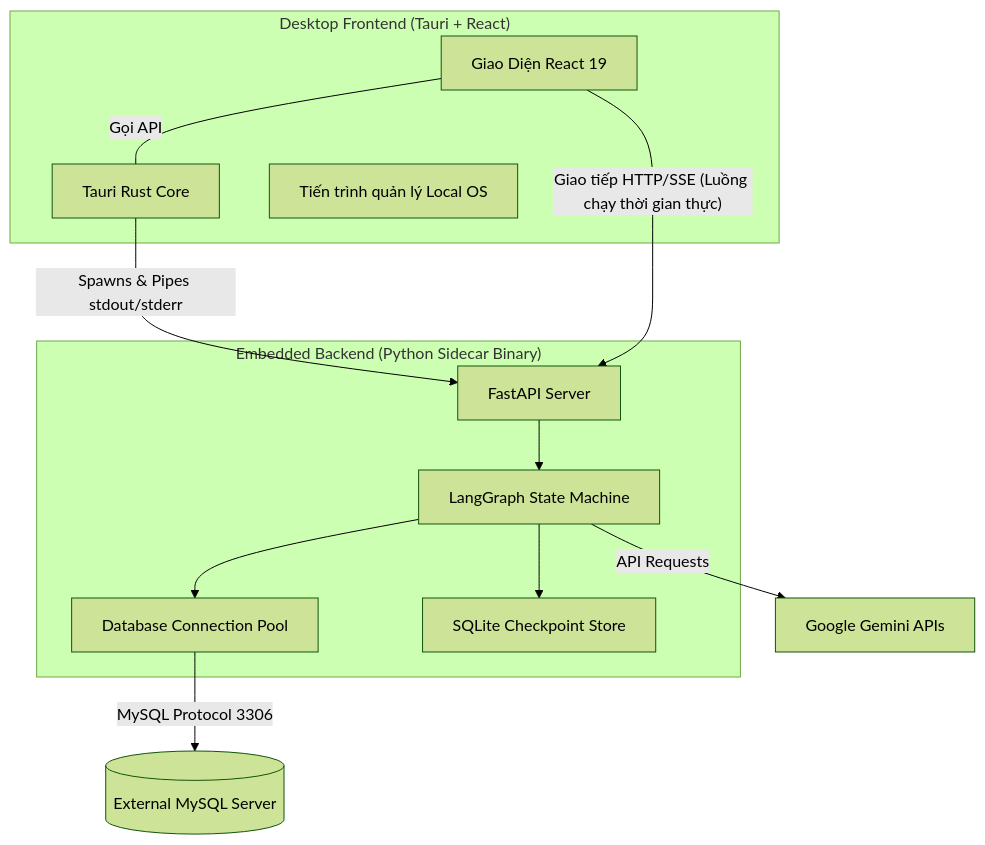
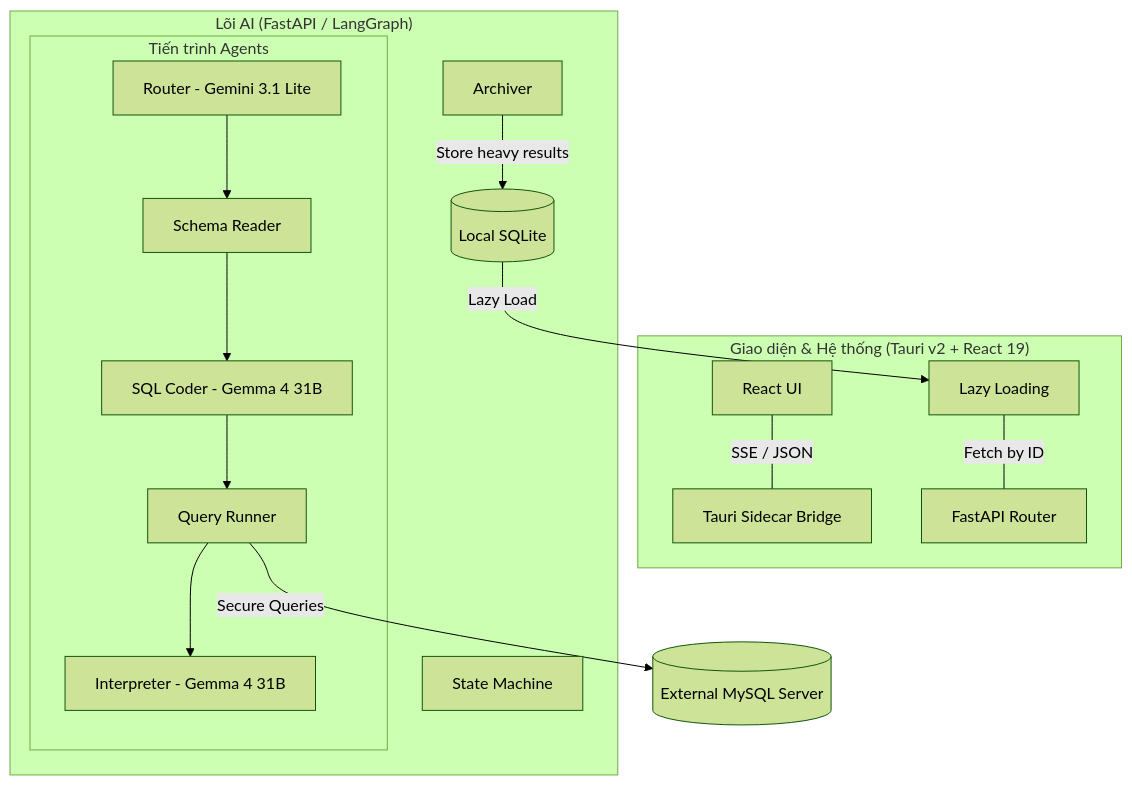
Before and after one commit to iloveflo/SQLCopilot_DesktopApp_AI_agent: the diagram in README.md, drawn with Mermaid (forest theme). The commit also changed other lines of this file, not shown here.

````diff
--- a/README.md
+++ b/README.md
@@ -52,22 +70,24 @@
 ```mermaid
 graph TD
-    subgraph "Desktop Frontend (Tauri + React)"
-        UI[Giao Diện React 19] -- Gọi API --- RustCore[Tauri Rust Core]
-        RC[Tiến trình quản lý Local OS]
+    subgraph "Giao diện & Hệ thống (Tauri v2 + React 19)"
+        UI[React UI] -- "SSE / JSON" --- SC[Tauri Sidecar Bridge]
+        LZ[Lazy Loading] -- "Fetch by ID" --- API
     end
     
-    subgraph "Embedded Backend (Python Sidecar Binary)"
-        FA[FastAPI Server]
-        LG[LangGraph State Machine]
-        DB[Database Connection Pool]
-        Mem[SQLite Checkpoint Store]
-        FA --> LG
-        LG --> DB
-        LG --> Mem
+    subgraph "Lõi AI (FastAPI / LangGraph)"
+        API[FastAPI Router]
+        LG[State Machine]
+        
+        subgraph "Tiến trình Agents"
+            R[Router - Gemini 3.1 Lite] --> S[Schema Reader]
+            S --> C[SQL Coder - Gemma 4 31B]
+            C --> E[Query Runner]
+            E --> I[Interpreter - Gemma 4 31B]
+        end
+        
+        ARCH[Archiver] -- "Store heavy results" --> SQLite[(Local SQLite)]
     end
 
-    RustCore -- Spawns & Pipes stdout/stderr --> FA
-    UI -- "Giao tiếp HTTP/SSE (Luồng chạy thời gian thực)" --> FA
-    DB -- "MySQL Protocol 3306" --> MySQL[(External MySQL Server)]
-    LG -- "API Requests" --> Gemini[Google Gemini APIs]
+    E -- "Secure Queries" --> DB[(External MySQL Server)]
+    SQLite -- "Lazy Load" --> LZ
 ```
````
